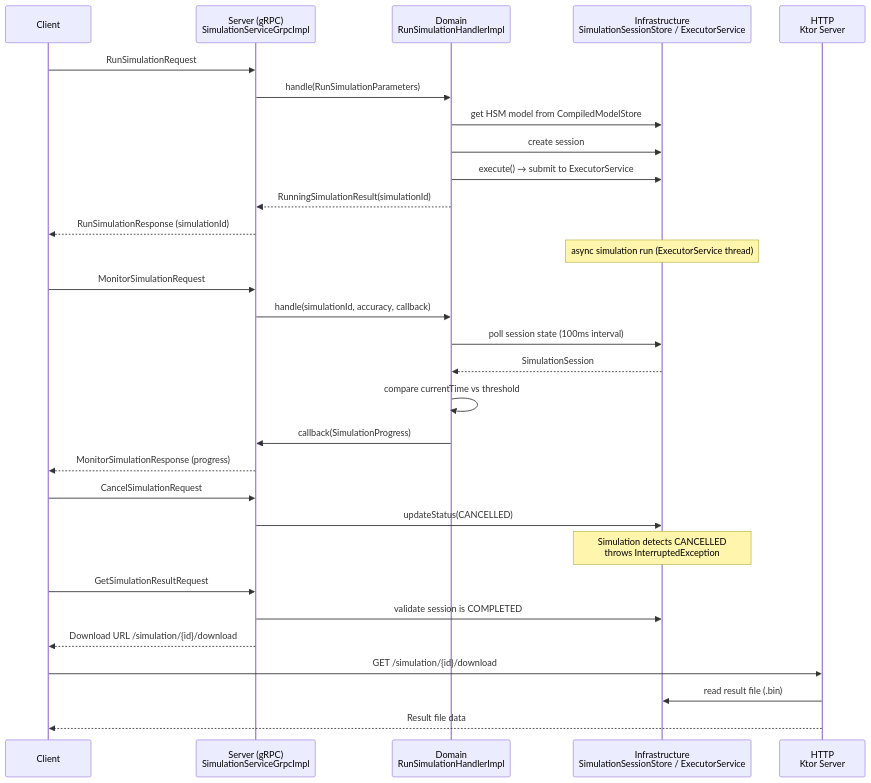
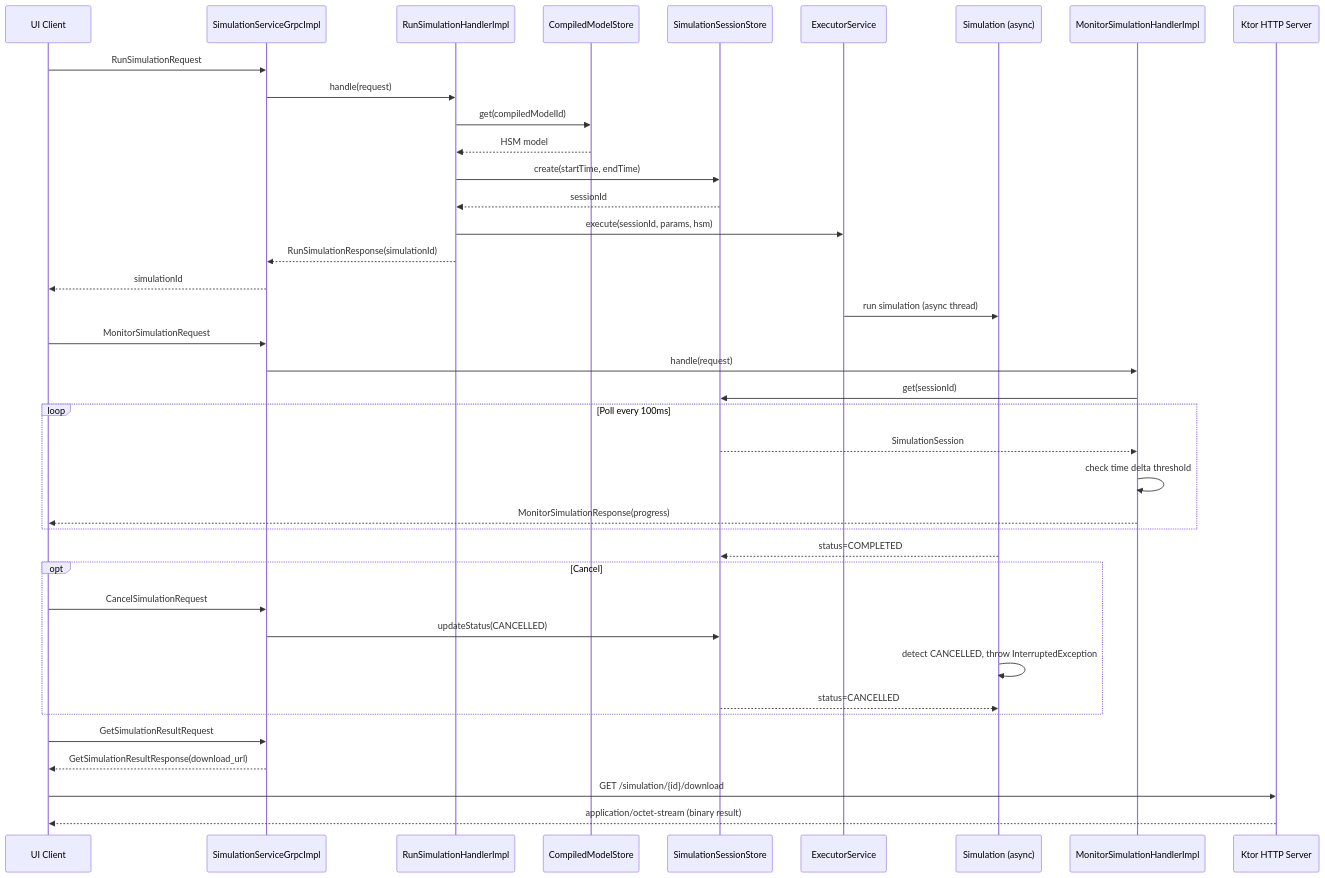
The third of 4 diagrams in docs/isma-server/01-overview.md (SmallBossGames/isma), drawn with Mermaid before and after one commit. The commit also changed other lines of this file and 26 other files, not shown here.

````diff
--- a/docs/isma-server/01-overview.md
+++ b/docs/isma-server/01-overview.md
@@ -161,38 +113,47 @@
 ```mermaid
 sequenceDiagram
-    participant Client
-    participant Server as Server (gRPC)<br/>SimulationServiceGrpcImpl
-    participant Domain as Domain<br/>RunSimulationHandlerImpl
-    participant Infra as Infrastructure<br/>SimulationSessionStore / ExecutorService
-    participant HTTP as HTTP<br/>Ktor Server
+    participant Client as UI Client
+    participant Grpc as SimulationServiceGrpcImpl
+    participant Handler as RunSimulationHandlerImpl
+    participant Store as CompiledModelStore
+    participant Session as SimulationSessionStore
+    participant Executor as ExecutorService
+    participant Sim as Simulation (async)
+    participant Mon as MonitorSimulationHandlerImpl
+    participant Http as Ktor HTTP Server
 
-    Client->>Server: RunSimulationRequest
-    Server->>Domain: handle(RunSimulationParameters)
-    Domain->>Infra: get HSM model from CompiledModelStore
-    Domain->>Infra: create session
-    Domain->>Infra: execute() → submit to ExecutorService
-    Domain-->>Server: RunningSimulationResult(simulationId)
-    Server-->>Client: RunSimulationResponse (simulationId)
+    Client->>Grpc: RunSimulationRequest
+    Grpc->>Handler: handle(request)
+    Handler->>Store: get(compiledModelId)
+    Store-->>Handler: HSM model
+    Handler->>Session: create(startTime, endTime)
+    Session-->>Handler: sessionId
+    Handler->>Executor: execute(sessionId, params, hsm)
+    Handler-->>Grpc: RunSimulationResponse(simulationId)
+    Grpc-->>Client: simulationId
 
-    Note over Infra: async simulation run (ExecutorService thread)
+    Executor->>Sim: run simulation (async thread)
 
-    Client->>Server: MonitorSimulationRequest
-    Server->>Domain: handle(simulationId, accuracy, callback)
-    Domain->>Infra: poll session state (100ms interval)
-    Infra-->>Domain: SimulationSession
-    Domain->>Domain: compare currentTime vs threshold
-    Domain->>Server: callback(SimulationProgress)
-    Server-->>Client: MonitorSimulationResponse (progress)
+    Client->>Grpc: MonitorSimulationRequest
+    Grpc->>Mon: handle(request)
+    Mon->>Session: get(sessionId)
+    loop Poll every 100ms
+        Session-->>Mon: SimulationSession
+        Mon->>Mon: check time delta threshold
+        Mon-->>Client: MonitorSimulationResponse(progress)
+    end
+    Sim-->>Session: status=COMPLETED
 
-    Client->>Server: CancelSimulationRequest
-    Server->>Infra: updateStatus(CANCELLED)
-    Note over Infra: Simulation detects CANCELLED<br/>throws InterruptedException
+    opt Cancel
+        Client->>Grpc: CancelSimulationRequest
+        Grpc->>Session: updateStatus(CANCELLED)
+        Sim->>Sim: detect CANCELLED, throw InterruptedException
+        Session-->>Sim: status=CANCELLED
+    end
 
-    Client->>Server: GetSimulationResultRequest
-    Server->>Infra: validate session is COMPLETED
-    Server-->>Client: Download URL /simulation/{id}/download
+    Client->>Grpc: GetSimulationResultRequest
+    Grpc-->>Client: GetSimulationResultResponse(download_url)
 
-    Client->>HTTP: GET /simulation/{id}/download
-    HTTP->>Infra: read result file (.bin)
-    HTTP-->>Client: Result file data
+    Client->>Http: GET /simulation/{id}/download
+    Http-->>Client: application/octet-stream (binary result)
 ```
````
